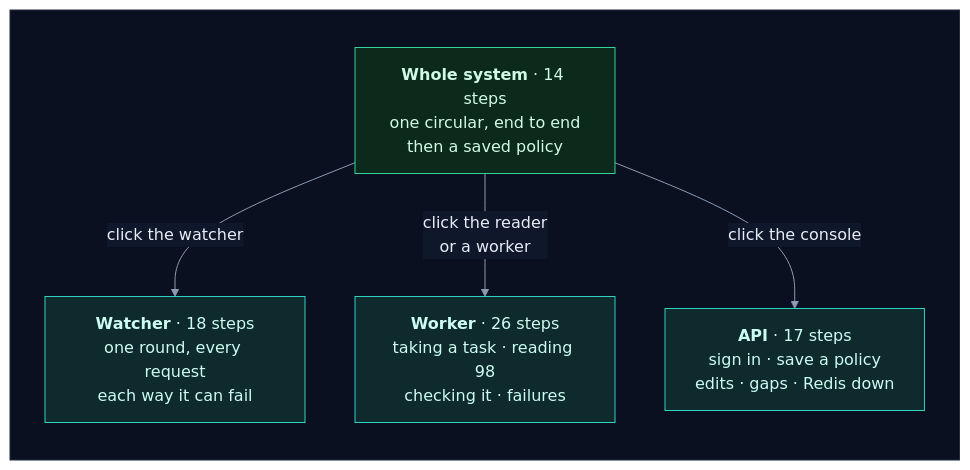
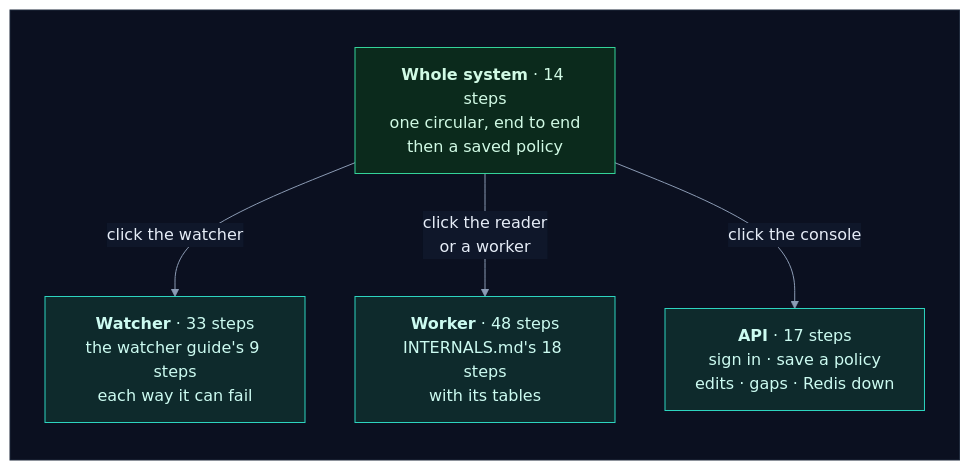
One commit to selvakumarperumal/Regulatory_Circular_Impact_Agent changed diagram 47 of 57 in how_it_works.md. Above: the diagram before and after it, drawn with Mermaid. The commit also changed other lines of this file and 9 other files, not shown here.

Commit message:
Rebuild the worker and watcher animations on their guides, with the rows each step changes

````diff
--- a/how_it_works.md
+++ b/how_it_works.md
@@ -2397,16 +2399,16 @@
 ```mermaid
 %%{init: {"theme": "base", "flowchart": {"diagramPadding": 0}, "themeVariables": {"darkMode": true, "primaryColor": "#16213a", "primaryTextColor": "#e6edf7", "primaryBorderColor": "#475a7a", "lineColor": "#8b9bb4", "secondaryColor": "#1b2436", "tertiaryColor": "#101a2e", "edgeLabelBackground": "#0f172a", "textColor": "#e2e8f0", "clusterBkg": "#0f1728", "clusterBorder": "#2b3a55", "titleColor": "#c4b5fd", "nodeTextColor": "#e6edf7"}}}%%
 flowchart TD
     subgraph canvas[" "]
         direction TB
         sys["<b>Whole system</b> · 14 steps<br/>one circular, end to end<br/>then a saved policy"]
-        sys -->|"click the watcher"| wa["<b>Watcher</b> · 18 steps<br/>one round, every request<br/>each way it can fail"]
-        sys -->|"click the reader<br/>or a worker"| wo["<b>Worker</b> · 26 steps<br/>taking a task · reading 98<br/>checking it · failures"]
+        sys -->|"click the watcher"| wa["<b>Watcher</b> · 33 steps<br/>the watcher guide's 9 steps<br/>each way it can fail"]
+        sys -->|"click the reader<br/>or a worker"| wo["<b>Worker</b> · 48 steps<br/>INTERNALS.md's 18 steps<br/>with its tables"]
         sys -->|"click the console"| ap["<b>API</b> · 17 steps<br/>sign in · save a policy<br/>edits · gaps · Redis down"]
     end
     classDef svc fill:#0e2a2c,stroke:#2dd4bf,color:#ccfbf1
     classDef ok fill:#0b2a1c,stroke:#34d399,color:#d1fae5
     class sys ok
     class wa,wo,ap svc
     style canvas fill:#0b1020,stroke:#1e293b,color:#0b1020
 ```
````
